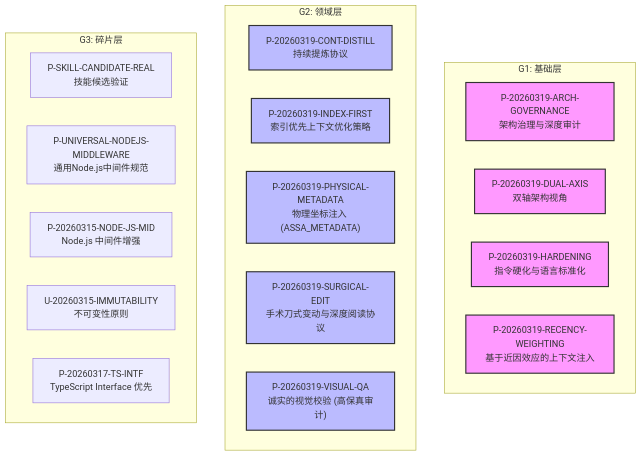
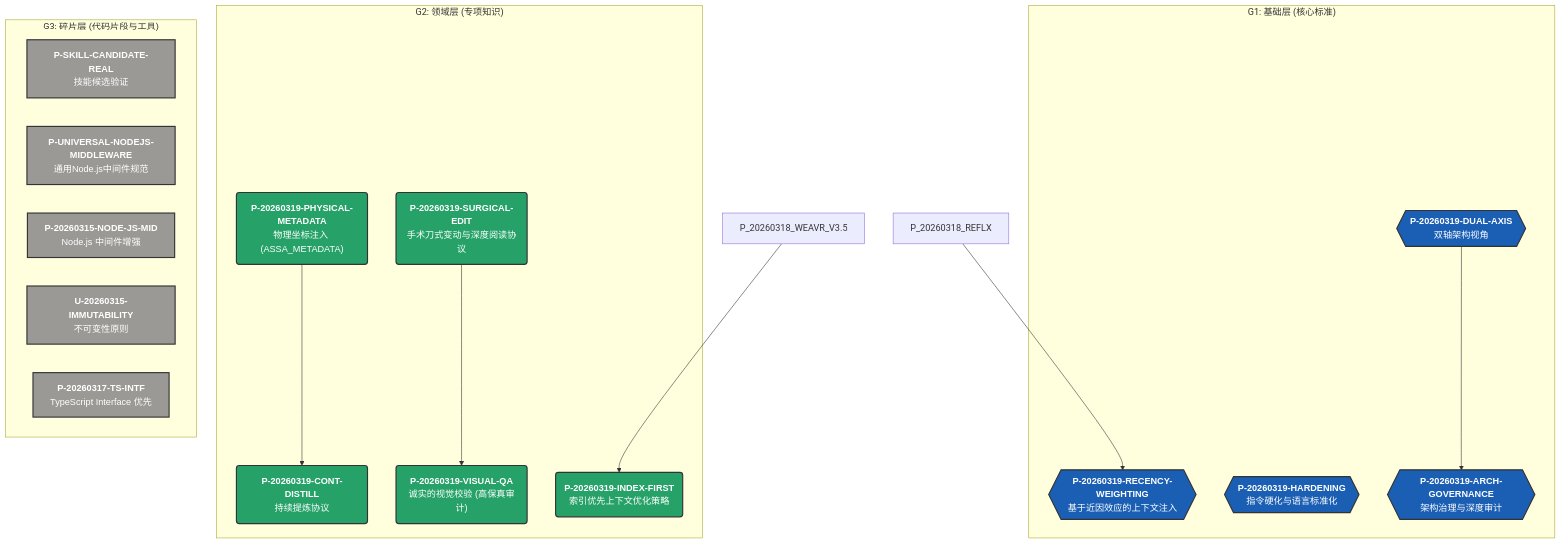
Before and after one commit to Biogod2020/ASSA: the second of 2 diagrams in README_CN.md, drawn with Mermaid. The commit also changed 1 other file, not shown here.

Commit message:
docs: improve knowledge graph aesthetics and add rule dependencies

````diff
--- a/README_CN.md
+++ b/README_CN.md
@@ -61,30 +61,36 @@
 ```mermaid
 graph TD
-  subgraph G1[G1: 基础层]
-    P_20260319_ARCH_GOVERNANCE["P-20260319-ARCH-GOVERNANCE<br/>架构治理与深度审计"]
-    P_20260319_DUAL_AXIS["P-20260319-DUAL-AXIS<br/>双轴架构视角"]
-    P_20260319_HARDENING["P-20260319-HARDENING<br/>指令硬化与语言标准化"]
-    P_20260319_RECENCY_WEIGHTING["P-20260319-RECENCY-WEIGHTING<br/>基于近因效应的上下文注入"]
+  subgraph G1 ["G1: 基础层 (核心标准)"]
+    P_20260319_ARCH_GOVERNANCE{{"<b>P-20260319-ARCH-GOVERNANCE</b><br/>架构治理与深度审计"}}
+    P_20260319_DUAL_AXIS{{"<b>P-20260319-DUAL-AXIS</b><br/>双轴架构视角"}}
+    P_20260319_HARDENING{{"<b>P-20260319-HARDENING</b><br/>指令硬化与语言标准化"}}
+    P_20260319_RECENCY_WEIGHTING{{"<b>P-20260319-RECENCY-WEIGHTING</b><br/>基于近因效应的上下文注入"}}
   end
-  subgraph G2[G2: 领域层]
-    P_20260319_CONT_DISTILL["P-20260319-CONT-DISTILL<br/>持续提炼协议"]
-    P_20260319_INDEX_FIRST["P-20260319-INDEX-FIRST<br/>索引优先上下文优化策略"]
-    P_20260319_PHYSICAL_METADATA["P-20260319-PHYSICAL-METADATA<br/>物理坐标注入 (ASSA_METADATA)"]
-    P_20260319_SURGICAL_EDIT["P-20260319-SURGICAL-EDIT<br/>手术刀式变动与深度阅读协议"]
-    P_20260319_VISUAL_QA["P-20260319-VISUAL-QA<br/>诚实的视觉校验 (高保真审计)"]
+  subgraph G2 ["G2: 领域层 (专项知识)"]
+    P_20260319_CONT_DISTILL("<b>P-20260319-CONT-DISTILL</b><br/>持续提炼协议")
+    P_20260319_INDEX_FIRST("<b>P-20260319-INDEX-FIRST</b><br/>索引优先上下文优化策略")
+    P_20260319_PHYSICAL_METADATA("<b>P-20260319-PHYSICAL-METADATA</b><br/>物理坐标注入 (ASSA_METADATA)")
+    P_20260319_SURGICAL_EDIT("<b>P-20260319-SURGICAL-EDIT</b><br/>手术刀式变动与深度阅读协议")
+    P_20260319_VISUAL_QA("<b>P-20260319-VISUAL-QA</b><br/>诚实的视觉校验 (高保真审计)")
   end
-  subgraph G3[G3: 碎片层]
-    P_SKILL_CANDIDATE_REAL["P-SKILL-CANDIDATE-REAL<br/>技能候选验证"]
-    P_UNIVERSAL_NODEJS_MIDDLEWARE["P-UNIVERSAL-NODEJS-MIDDLEWARE<br/>通用Node.js中间件规范"]
-    P_20260315_NODE_JS_MID["P-20260315-NODE-JS-MID<br/>Node.js 中间件增强"]
-    U_20260315_IMMUTABILITY["U-20260315-IMMUTABILITY<br/>不可变性原则"]
-    P_20260317_TS_INTF["P-20260317-TS-INTF<br/>TypeScript Interface 优先"]
+  subgraph G3 ["G3: 碎片层 (代码片段与工具)"]
+    P_SKILL_CANDIDATE_REAL["<b>P-SKILL-CANDIDATE-REAL</b><br/>技能候选验证"]
+    P_UNIVERSAL_NODEJS_MIDDLEWARE["<b>P-UNIVERSAL-NODEJS-MIDDLEWARE</b><br/>通用Node.js中间件规范"]
+    P_20260315_NODE_JS_MID["<b>P-20260315-NODE-JS-MID</b><br/>Node.js 中间件增强"]
+    U_20260315_IMMUTABILITY["<b>U-20260315-IMMUTABILITY</b><br/>不可变性原则"]
+    P_20260317_TS_INTF["<b>P-20260317-TS-INTF</b><br/>TypeScript Interface 优先"]
   end
+  P_20260319_DUAL_AXIS --> P_20260319_ARCH_GOVERNANCE
+  P_20260319_PHYSICAL_METADATA --> P_20260319_CONT_DISTILL
+  P_20260318_WEAVR_V3.5 --> P_20260319_INDEX_FIRST
+  P_20260318_REFLX --> P_20260319_RECENCY_WEIGHTING
+  P_20260319_SURGICAL_EDIT --> P_20260319_VISUAL_QA
 
   %% Styling
-  classDef g1 fill:#f9f,stroke:#333,stroke-width:2px;
-  classDef g2 fill:#bbf,stroke:#333,stroke-width:2px;
-  classDef g3 fill:#dfd,stroke:#333,stroke-width:1px;
-  class P_20260319_ARCH_GOVERNANCE,P_20260319_DUAL_AXIS,P_20260319_HARDENING,P_20260319_RECENCY_WEIGHTING g1;
-  class P_20260319_CONT_DISTILL,P_20260319_INDEX_FIRST,P_20260319_PHYSICAL_METADATA,P_20260319_SURGICAL_EDIT,P_20260319_VISUAL_QA g2;
+  classDef style_G1 fill:#1a5fb4,stroke:#333,stroke-width:2px,color:#fff,font-family:Arial;
+  class P_20260319_ARCH_GOVERNANCE,P_20260319_DUAL_AXIS,P_20260319_HARDENING,P_20260319_RECENCY_WEIGHTING style_G1;
+  classDef style_G2 fill:#26a269,stroke:#333,stroke-width:2px,color:#fff,font-family:Arial;
+  class P_20260319_CONT_DISTILL,P_20260319_INDEX_FIRST,P_20260319_PHYSICAL_METADATA,P_20260319_SURGICAL_EDIT,P_20260319_VISUAL_QA style_G2;
+  classDef style_G3 fill:#9a9996,stroke:#333,stroke-width:2px,color:#fff,font-family:Arial;
+  class P_SKILL_CANDIDATE_REAL,P_UNIVERSAL_NODEJS_MIDDLEWARE,P_20260315_NODE_JS_MID,U_20260315_IMMUTABILITY,P_20260317_TS_INTF style_G3;
 ```
````
